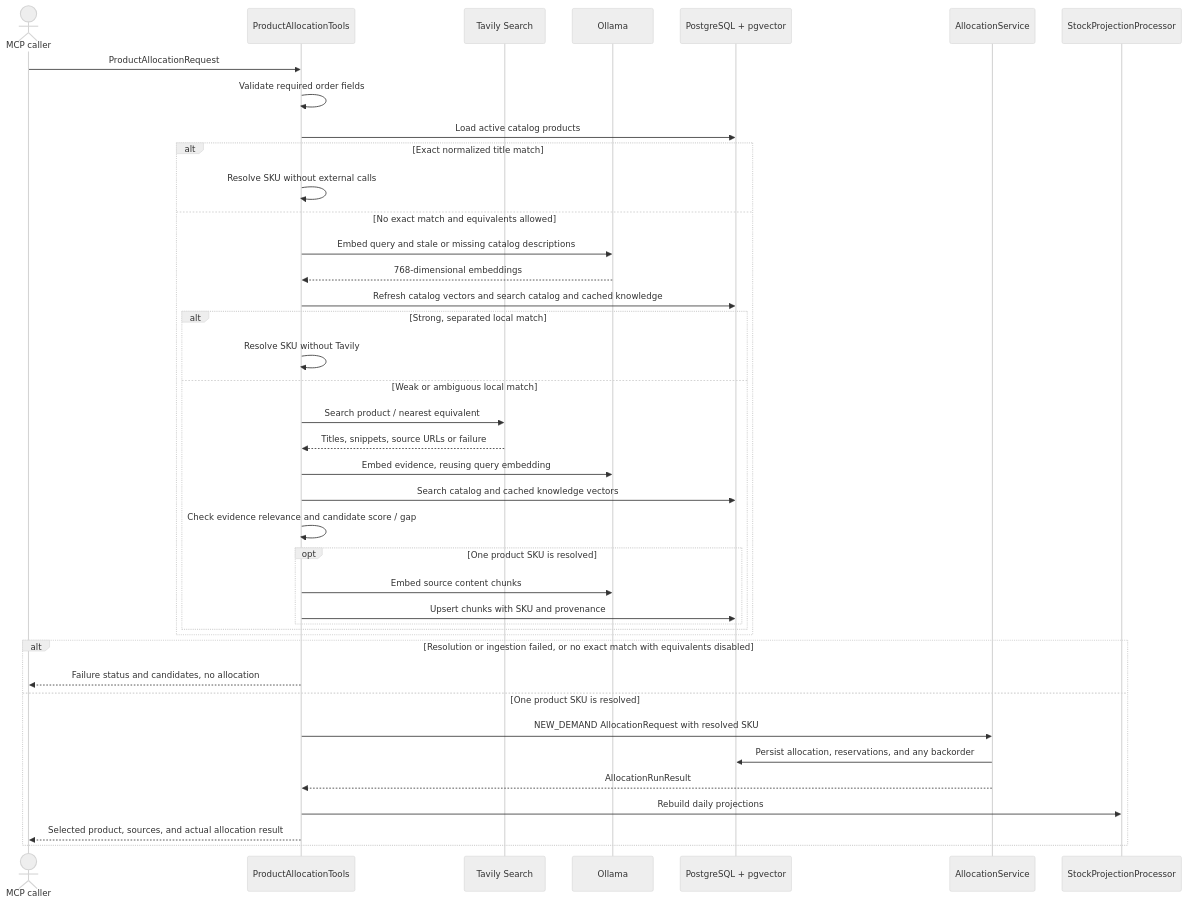
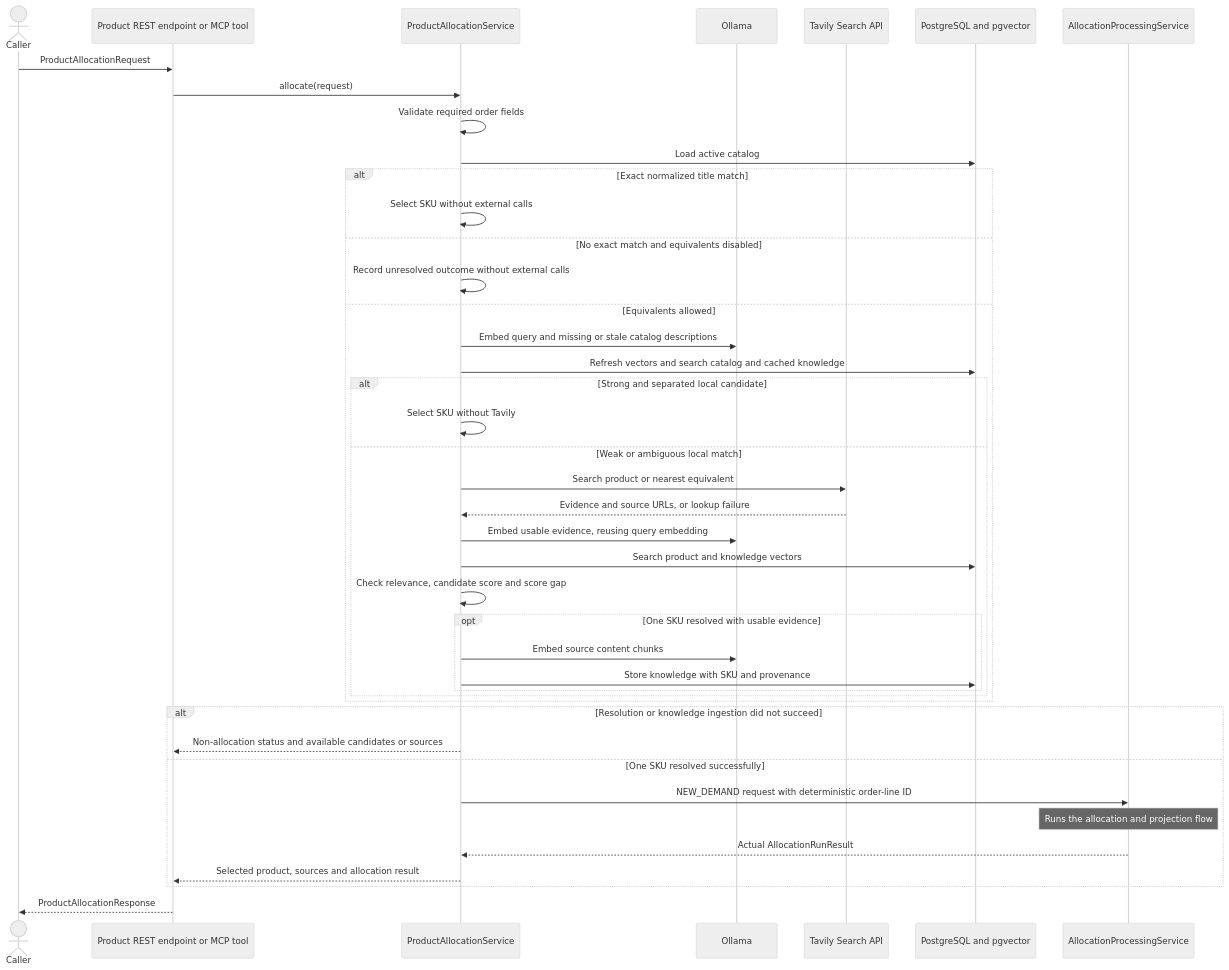
Before and after one commit to vriesjo/stockio: the fifth of 14 diagrams in docs/architecture.md, drawn with Mermaid (neutral theme). The commit also changed other lines of this file and 80 other files, not shown here.

First line of the commit message:
Stockio expire allocation reservations (#6)

````diff
--- a/docs/architecture.md
+++ b/docs/architecture.md
@@ -73,43 +348,45 @@
 ```mermaid
 sequenceDiagram
-    actor Caller as MCP caller
-    participant Tool as ProductAllocationTools
-    participant Tavily as Tavily Search
+    actor Caller
+    participant Adapter as Product REST endpoint or MCP tool
+    participant Product as ProductAllocationService
     participant Ollama
-    participant DB as PostgreSQL + pgvector
-    participant Alloc as AllocationService
-    participant Projection as StockProjectionProcessor
+    participant Tavily as Tavily Search API
+    participant DB as PostgreSQL and pgvector
+    participant Processing as AllocationProcessingService
 
-    Caller->>Tool: ProductAllocationRequest
-    Tool->>Tool: Validate required order fields
-    Tool->>DB: Load active catalog products
+    Caller->>Adapter: ProductAllocationRequest
+    Adapter->>Product: allocate(request)
+    Product->>Product: Validate required order fields
+    Product->>DB: Load active catalog
     alt Exact normalized title match
-        Tool->>Tool: Resolve SKU without external calls
-    else No exact match and equivalents allowed
-        Tool->>Ollama: Embed query and stale or missing catalog descriptions
-        Ollama-->>Tool: 768-dimensional embeddings
-        Tool->>DB: Refresh catalog vectors and search catalog and cached knowledge
-        alt Strong, separated local match
-            Tool->>Tool: Resolve SKU without Tavily
+        Product->>Product: Select SKU without external calls
+    else No exact match and equivalents disabled
+        Product->>Product: Record unresolved outcome without external calls
+    else Equivalents allowed
+        Product->>Ollama: Embed query and missing or stale catalog descriptions
+        Product->>DB: Refresh vectors and search catalog and cached knowledge
+        alt Strong and separated local candidate
+            Product->>Product: Select SKU without Tavily
         else Weak or ambiguous local match
-            Tool->>Tavily: Search product / nearest equivalent
-            Tavily-->>Tool: Titles, snippets, source URLs or failure
-            Tool->>Ollama: Embed evidence, reusing query embedding
-            Tool->>DB: Search catalog and cached knowledge vectors
-            Tool->>Tool: Check evidence relevance and candidate score / gap
-            opt One product SKU is resolved
-                Tool->>Ollama: Embed source content chunks
-                Tool->>DB: Upsert chunks with SKU and provenance
+            Product->>Tavily: Search product or nearest equivalent
+            Tavily-->>Product: Evidence and source URLs, or lookup failure
+            Product->>Ollama: Embed usable evidence, reusing query embedding
+            Product->>DB: Search product and knowledge vectors
+            Product->>Product: Check relevance, candidate score and score gap
+            opt One SKU resolved with usable evidence
+                Product->>Ollama: Embed source content chunks
+                Product->>DB: Store knowledge with SKU and provenance
             end
         end
     end
-    alt Resolution or ingestion failed, or no exact match with equivalents disabled
-        Tool-->>Caller: Failure status and candidates, no allocation
-    else One product SKU is resolved
-        Tool->>Alloc: NEW_DEMAND AllocationRequest with resolved SKU
-        Alloc->>DB: Persist allocation, reservations, and any backorder
-        Alloc-->>Tool: AllocationRunResult
-        Tool->>Projection: Rebuild daily projections
-        Tool-->>Caller: Selected product, sources, and actual allocation result
+    alt Resolution or knowledge ingestion did not succeed
+        Product-->>Adapter: Non-allocation status and available candidates or sources
+    else One SKU resolved successfully
+        Product->>Processing: NEW_DEMAND request with deterministic order-line ID
+        Note over Processing: Runs the allocation and projection flow
+        Processing-->>Product: Actual AllocationRunResult
+        Product-->>Adapter: Selected product, sources and allocation result
     end
+    Adapter-->>Caller: ProductAllocationResponse
 ```
````
